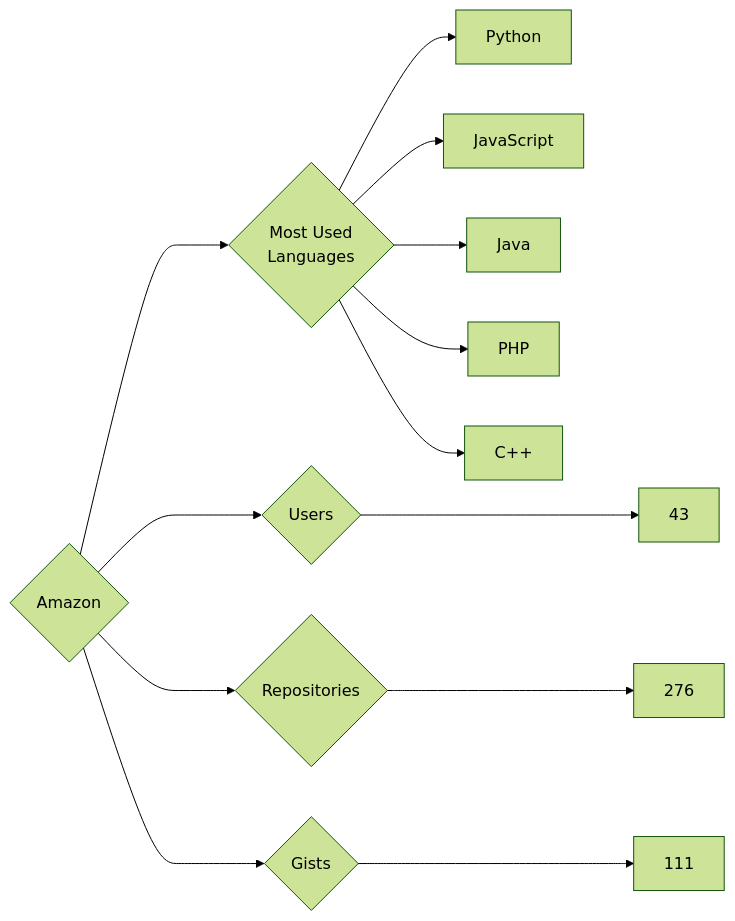
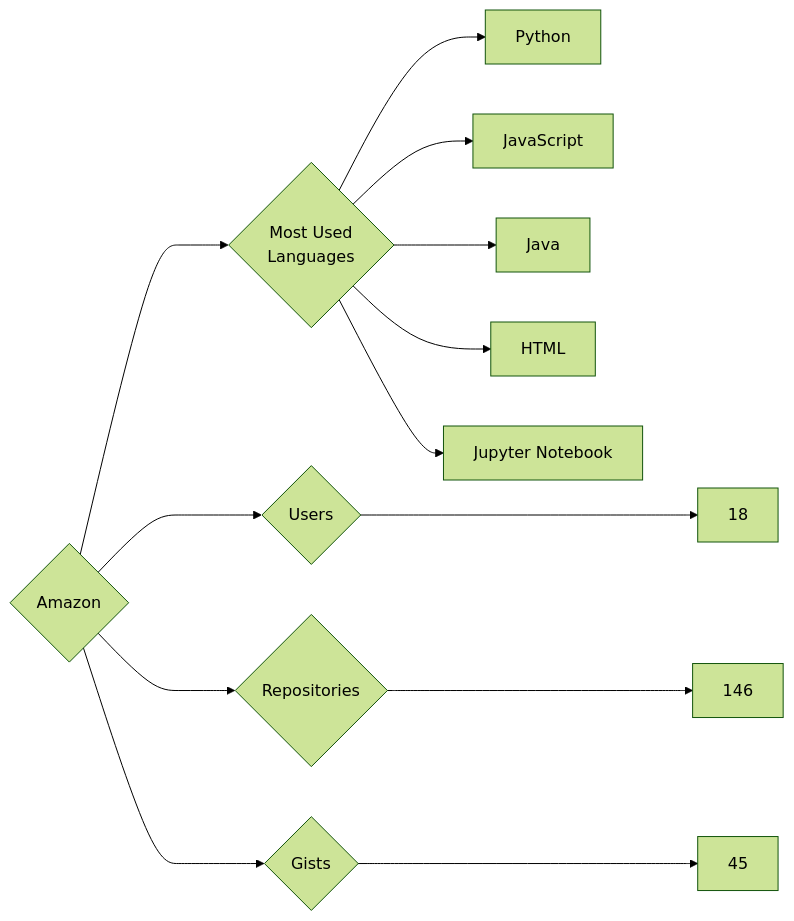
One commit to trickest/insiders changed the diagram in targets/Amazon/README.md. Above: the diagram before and after it, drawn with Mermaid (forest theme). The commit also changed 838 other files, not shown here.

````diff
--- a/targets/Amazon/README.md
+++ b/targets/Amazon/README.md
@@ -3,13 +3,13 @@
 ```mermaid
 graph LR
 COMPANY_NAME{Amazon}
-COMPANY_NAME ---> U{Users} ---> UN[43]
-COMPANY_NAME ---> R{Repositories} ---> RN[276]
-COMPANY_NAME ---> G{Gists} ---> GN[111]
+COMPANY_NAME ---> U{Users} ---> UN[18]
+COMPANY_NAME ---> R{Repositories} ---> RN[146]
+COMPANY_NAME ---> G{Gists} ---> GN[45]
 COMPANY_NAME ---> ML{Most Used<br>Languages}
 ML --> Python[Python]
 ML --> JavaScript[JavaScript]
 ML --> Java[Java]
-ML --> PHP[PHP]
-ML --> C++[C++]
+ML --> HTML[HTML]
+ML --> Jupyter_Notebook[Jupyter Notebook]
 ```
````
